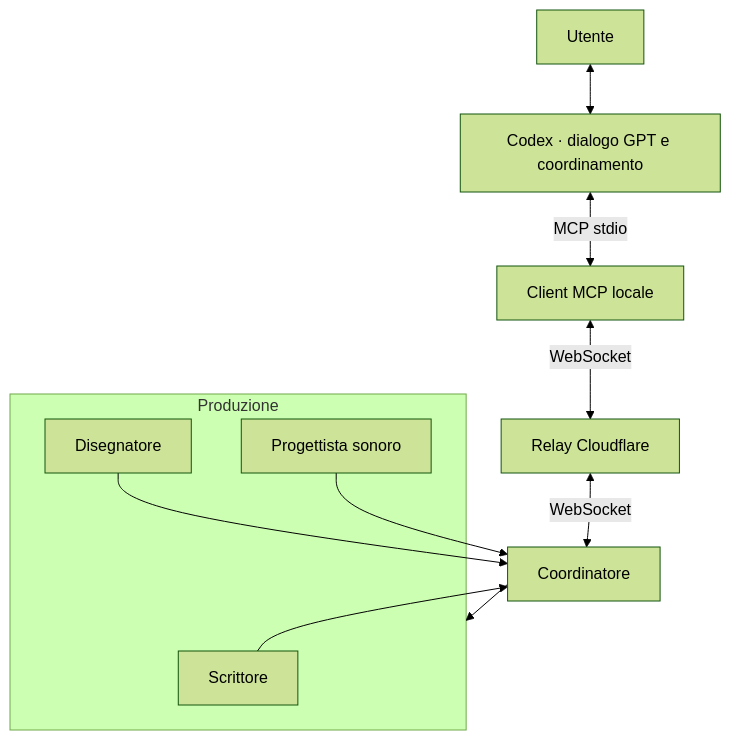
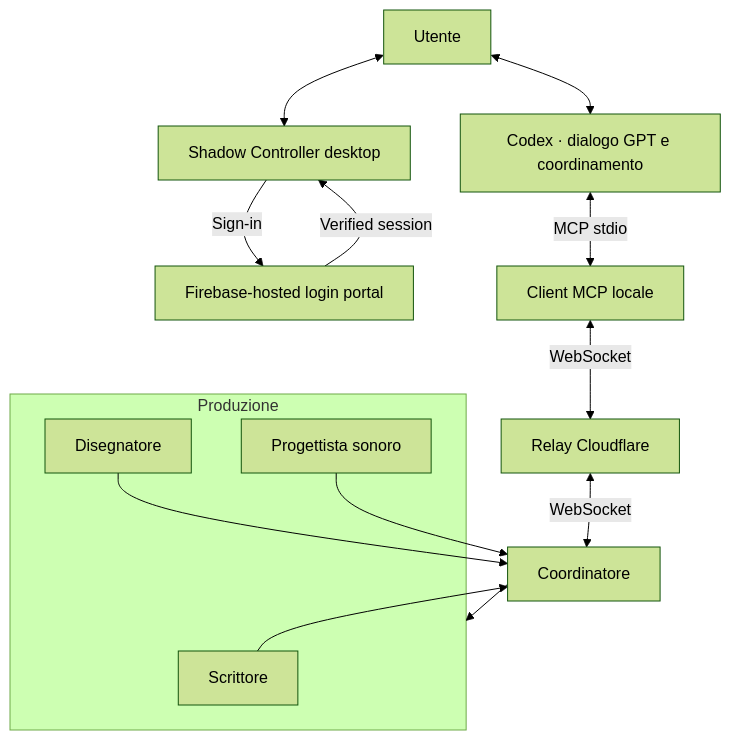
Before and after one commit to DRincs-Productions/LM-Studio: the first of 6 diagrams in README.md, drawn with Mermaid (forest theme). The commit also changed other lines of this file and 14 other files, not shown here.

Commit message:
fix(shadow-controller): host Firebase sign-in portal

````diff
--- a/README.md
+++ b/README.md
@@ -65,16 +65,19 @@
 ```mermaid
 flowchart TD
     U[Utente] <--> X[Codex · dialogo GPT e coordinamento]
+    U <--> DESKTOP[Shadow Controller desktop]
+    DESKTOP -->|Sign-in| PORTAL[Firebase-hosted login portal]
+    PORTAL -->|Verified session| DESKTOP
     X <-->|MCP stdio| CLIENT[Client MCP locale]
     CLIENT <-->|WebSocket| CF[Relay Cloudflare]
     CF <-->|WebSocket| C[Coordinatore]
     C --> PRODUZIONE
     subgraph PRODUZIONE[Produzione]
         W[Scrittore]
         D[Disegnatore]
         S[Progettista sonoro]
     end
     W --> C
     D --> C
     S --> C
 ```
````
